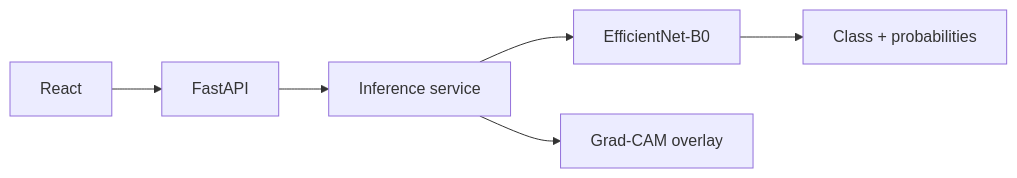
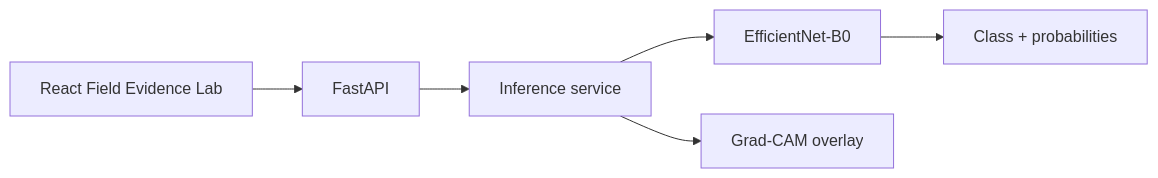
One commit to karthik2104-cr/Intelligent-Disaster-Damage-Assessment changed the second of 2 diagrams in README.md. Above: the diagram before and after it, drawn with Mermaid. The commit also changed other lines of this file and 13 other files, not shown here.

Commit message:
Refresh Field Evidence Lab UI and replace README screenshots

````diff
--- a/README.md
+++ b/README.md
@@ -69,8 +127,8 @@
 ```mermaid
 flowchart LR
-  R[React] --> API[FastAPI]
+  R[React Field Evidence Lab] --> API[FastAPI]
   API --> S[Inference service]
   S --> M[EfficientNet-B0]
   M --> P[Class + probabilities]
   S --> C[Grad-CAM overlay]
 ```
````
